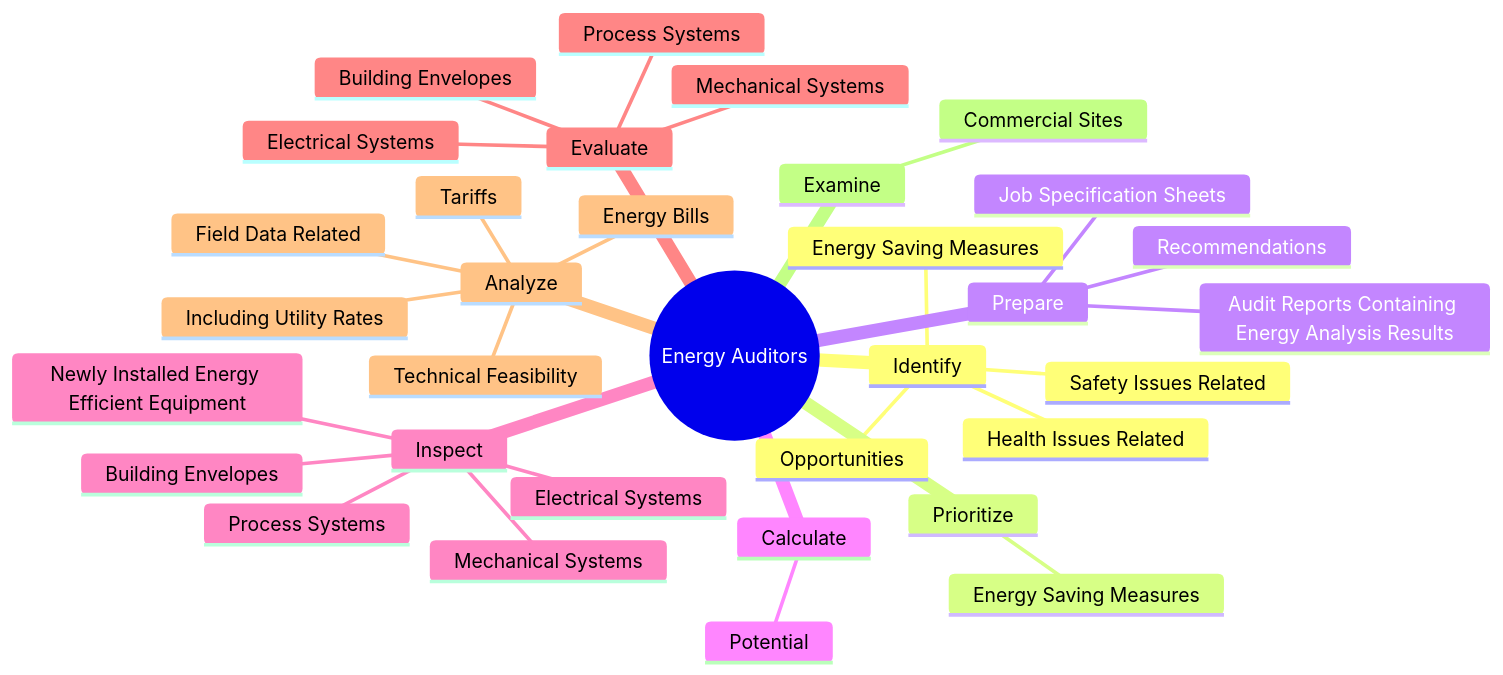
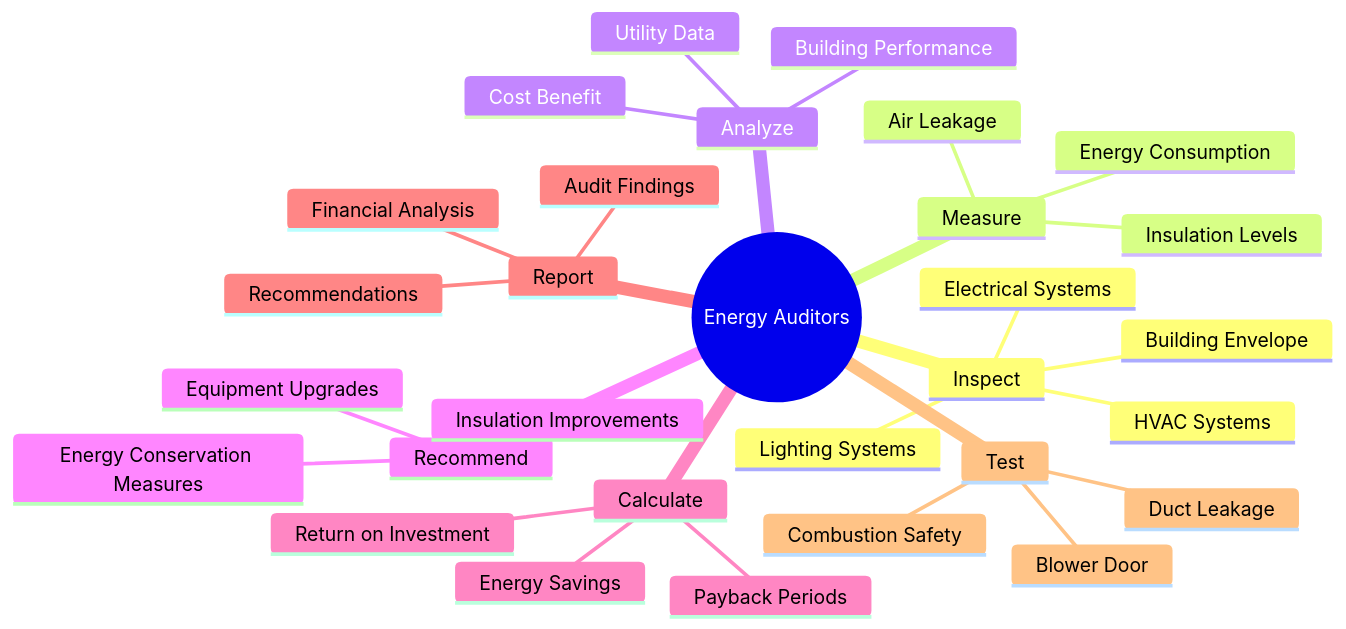
Before and after one commit to kziemski/business.org.ai: the second of 4 diagrams in occupations/Construction/EnergyAuditors.mdx, drawn with Mermaid. The commit also changed other lines of this file and 938 other files, not shown here.

````diff
--- a/occupations/Construction/EnergyAuditors.mdx
+++ b/occupations/Construction/EnergyAuditors.mdx
@@ -38,36 +48,33 @@
 ```mermaid
 mindmap
     root(("Energy Auditors"))
-        Identify
-            Energy Saving Measures
-            Health Issues Related
-            Safety Issues Related
-            Opportunities
-        Prioritize
-            Energy Saving Measures
-        Prepare
-            Audit Reports Containing Energy Analysis Results
+        Inspect
+            Building Envelope
+            HVAC Systems
+            Lighting Systems
+            Electrical Systems
+        Measure
+            Energy Consumption
+            Air Leakage
+            Insulation Levels
+        Analyze
+            Utility Data
+            Building Performance
+            Cost Benefit
+        Recommend
+            Energy Conservation Measures
+            Equipment Upgrades
+            Insulation Improvements
+        Calculate
+            Energy Savings
+            Return on Investment
+            Payback Periods
+        Report
+            Audit Findings
             Recommendations
-            Job Specification Sheets
-        Calculate
-            Potential
-        Inspect
-            Building Envelopes
-            Mechanical Systems
-            Electrical Systems
-            Process Systems
-            Newly Installed Energy Efficient Equipment
-        Evaluate
-            Building Envelopes
-            Mechanical Systems
-            Electrical Systems
-            Process Systems
-        Analyze
-            Technical Feasibility
-            Field Data Related
-            Energy Bills
-            Including Utility Rates
-            Tariffs
-        Examine
-            Commercial Sites
+            Financial Analysis
+        Test
+            Blower Door
+            Duct Leakage
+            Combustion Safety
 ```
````
